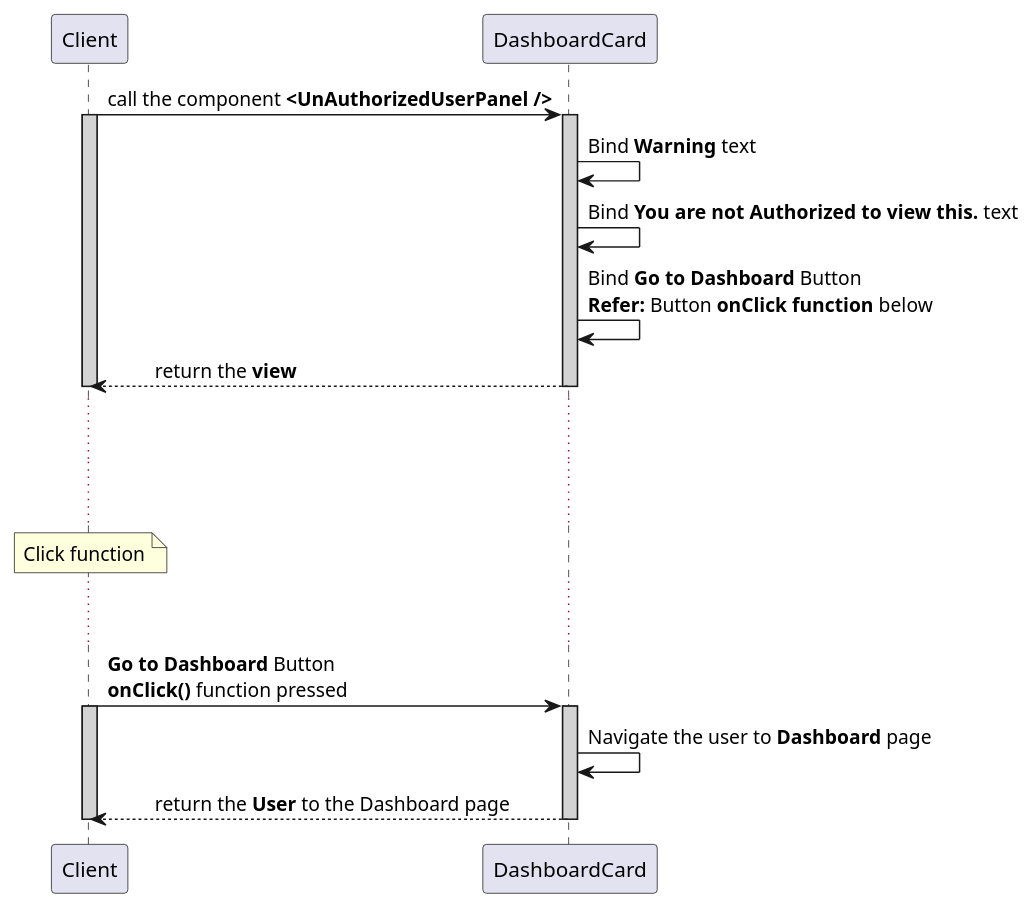
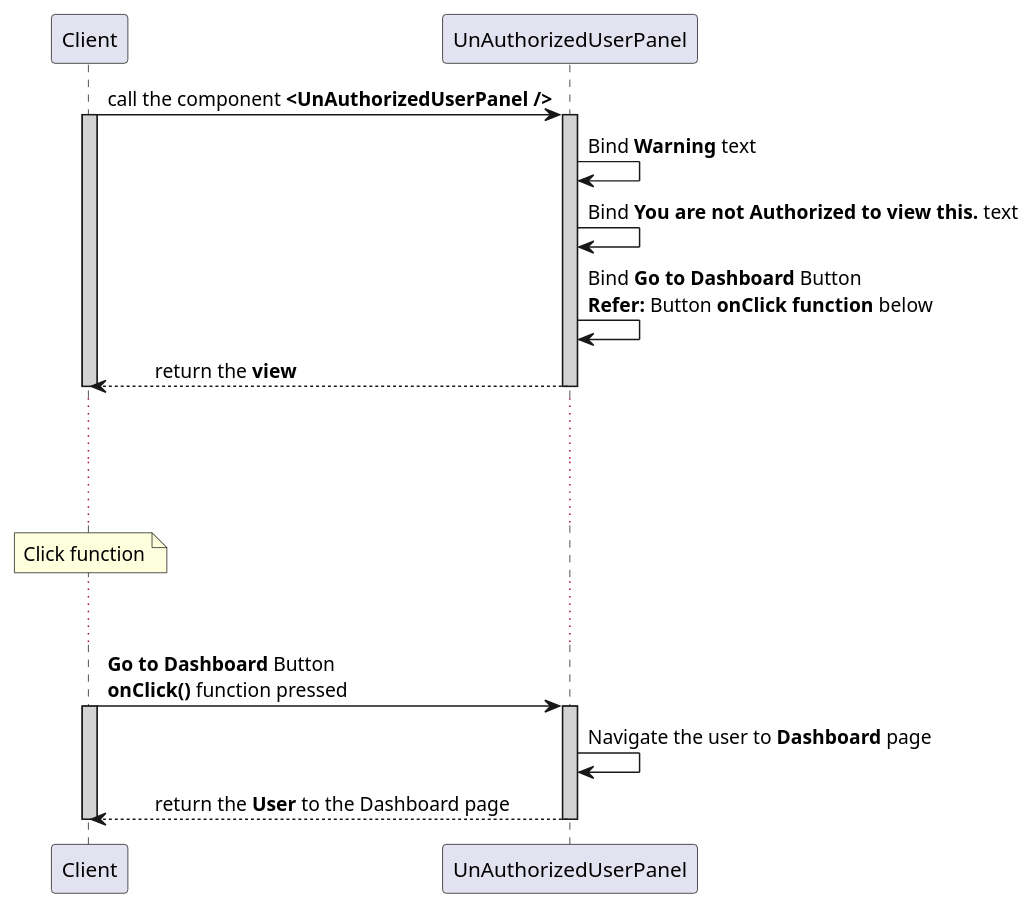
The diagram in frontend/components/unauthorised_user_panel/unauthorized_user_panel.sequence.puml (avasoft-mobility/workday-design), drawn with PlantUML before and after one commit.

Commit message:
Create sequence design for anauthorized user panel component

```diff
--- a/frontend/components/unauthorised_user_panel/unauthorized_user_panel.sequence.puml
+++ b/frontend/components/unauthorised_user_panel/unauthorized_user_panel.sequence.puml
@@ -1,31 +1,31 @@
 @startuml UnAuthorizedUserPanel
 participant Client
-participant DashboardCard
+participant UnAuthorizedUserPanel
 
-Client -> DashboardCard : call the component **<UnAuthorizedUserPanel />**
+Client -> UnAuthorizedUserPanel : call the component **<UnAuthorizedUserPanel />**
 activate Client #D3D3D3
-activate DashboardCard #D3D3D3
+activate UnAuthorizedUserPanel #D3D3D3
 
-DashboardCard -> DashboardCard : Bind **Warning** text
-DashboardCard -> DashboardCard : Bind **You are not Authorized to view this.** text
-DashboardCard -> DashboardCard : Bind **Go to Dashboard** Button \n**Refer:** Button **onClick function** below
+UnAuthorizedUserPanel -> UnAuthorizedUserPanel : Bind **Warning** text
+UnAuthorizedUserPanel -> UnAuthorizedUserPanel : Bind **You are not Authorized to view this.** text
+UnAuthorizedUserPanel -> UnAuthorizedUserPanel : Bind **Go to Dashboard** Button \n**Refer:** Button **onClick function** below
 
-Client <-- DashboardCard : \treturn the **view**
-deactivate DashboardCard
+Client <-- UnAuthorizedUserPanel : \treturn the **view**
+deactivate UnAuthorizedUserPanel
 deactivate Client
 
 ... ...
 ... ...
 note over Client: Click function
 ... ...
 
-Client -> DashboardCard: **Go to Dashboard** Button \n**onClick()** function pressed
+Client -> UnAuthorizedUserPanel: **Go to Dashboard** Button \n**onClick()** function pressed
 activate Client #D3D3D3
-activate DashboardCard #D3D3D3
-DashboardCard -> DashboardCard : Navigate the user to **Dashboard** page
-Client <-- DashboardCard : \treturn the **User** to the Dashboard page
-deactivate DashboardCard
+activate UnAuthorizedUserPanel #D3D3D3
+UnAuthorizedUserPanel -> UnAuthorizedUserPanel : Navigate the user to **Dashboard** page
+Client <-- UnAuthorizedUserPanel : \treturn the **User** to the Dashboard page
+deactivate UnAuthorizedUserPanel
 
 deactivate Client
 
 @enduml
```
